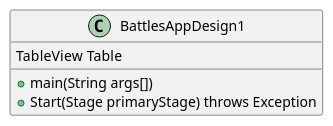
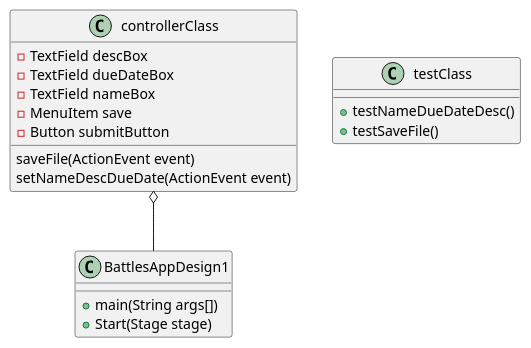
Before and after one commit to dbattles2001/Battles-app1-design: the diagram in Battles-app1-design/docs/Application.puml, drawn with PlantUML. The commit also changed 4 other files, not shown here.

```diff
--- a/Battles-app1-design/docs/Application.puml
+++ b/Battles-app1-design/docs/Application.puml
@@ -1,12 +1,27 @@
 @startuml
 'https://plantuml.com/class-diagram
 
 class BattlesAppDesign1 {
+    +main(String args[])
+    +Start(Stage stage)
+}
 
-    TableView Table
+controllerClass o-- BattlesAppDesign1
 
-    +main(String args[])
-    +Start(Stage primaryStage) throws Exception
+class controllerClass{
+    -TextField descBox
+    -TextField dueDateBox
+    -TextField nameBox
+    -MenuItem save
+    -Button submitButton
+
+    saveFile(ActionEvent event)
+    setNameDescDueDate(ActionEvent event)
+}
+
+class testClass{
+    +testNameDueDateDesc()
+    +testSaveFile()
 }
 
 @enduml
```
